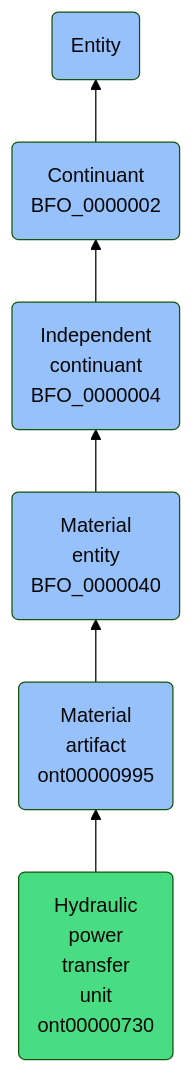
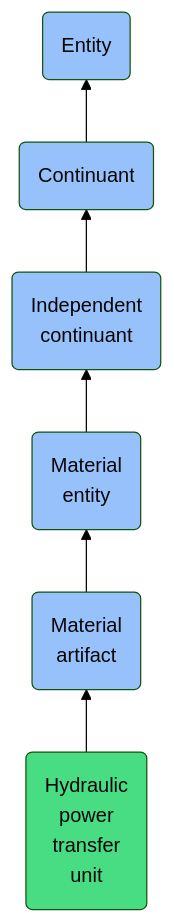
The diagram in docs/ontology/reference/model/Entity/Continuant/Independent continuant/Material entity/Material artifact/Hydraulic power transfer unit/Hydraulic power transfer unit.md (jupyter-naas/abi), drawn with Mermaid (forest theme) before and after one commit. The commit also changed other lines of this file and 1430 other files, not shown here.

````diff
--- a/docs/ontology/reference/model/Entity/Continuant/Independent continuant/Material entity/Material artifact/Hydraulic power transfer unit/Hydraulic power transfer unit.md
+++ b/docs/ontology/reference/model/Entity/Continuant/Independent continuant/Material entity/Material artifact/Hydraulic power transfer unit/Hydraulic power transfer unit.md
@@ -24,13 +24,13 @@
 ```mermaid
 graph BT
-    ont00000730(Hydraulic<br>power<br>transfer<br>unit<br>ont00000730):::ABI-->ont00000995
-    ont00000995(Material<br>artifact<br>ont00000995):::BFO-->BFO_0000040
-    BFO_0000040(Material<br>entity<br>BFO_0000040):::BFO-->BFO_0000004
-    BFO_0000004(Independent<br>continuant<br>BFO_0000004):::BFO-->BFO_0000002
-    BFO_0000002(Continuant<br>BFO_0000002):::BFO-->BFO_0000001
+    ont00000730(Hydraulic<br>power<br>transfer<br>unit):::ABI-->ont00000995
+    ont00000995(Material<br>artifact):::BFO-->BFO_0000040
+    BFO_0000040(Material<br>entity):::BFO-->BFO_0000004
+    BFO_0000004(Independent<br>continuant):::BFO-->BFO_0000002
+    BFO_0000002(Continuant):::BFO-->BFO_0000001
     BFO_0000001(Entity):::BFO
     
     classDef BFO fill:#97c1fb,color:#060606
     classDef CCO fill:#e4c51e,color:#060606
     classDef ABI fill:#48DD82,color:#060606
 ```
````
